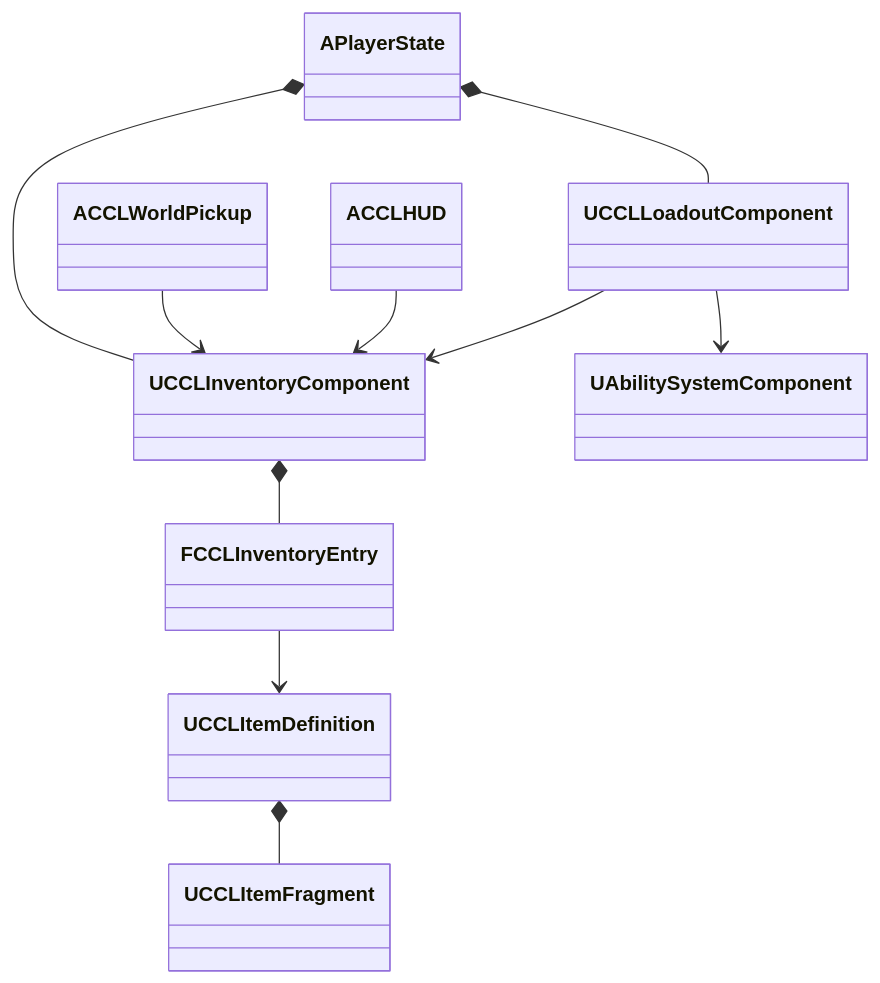
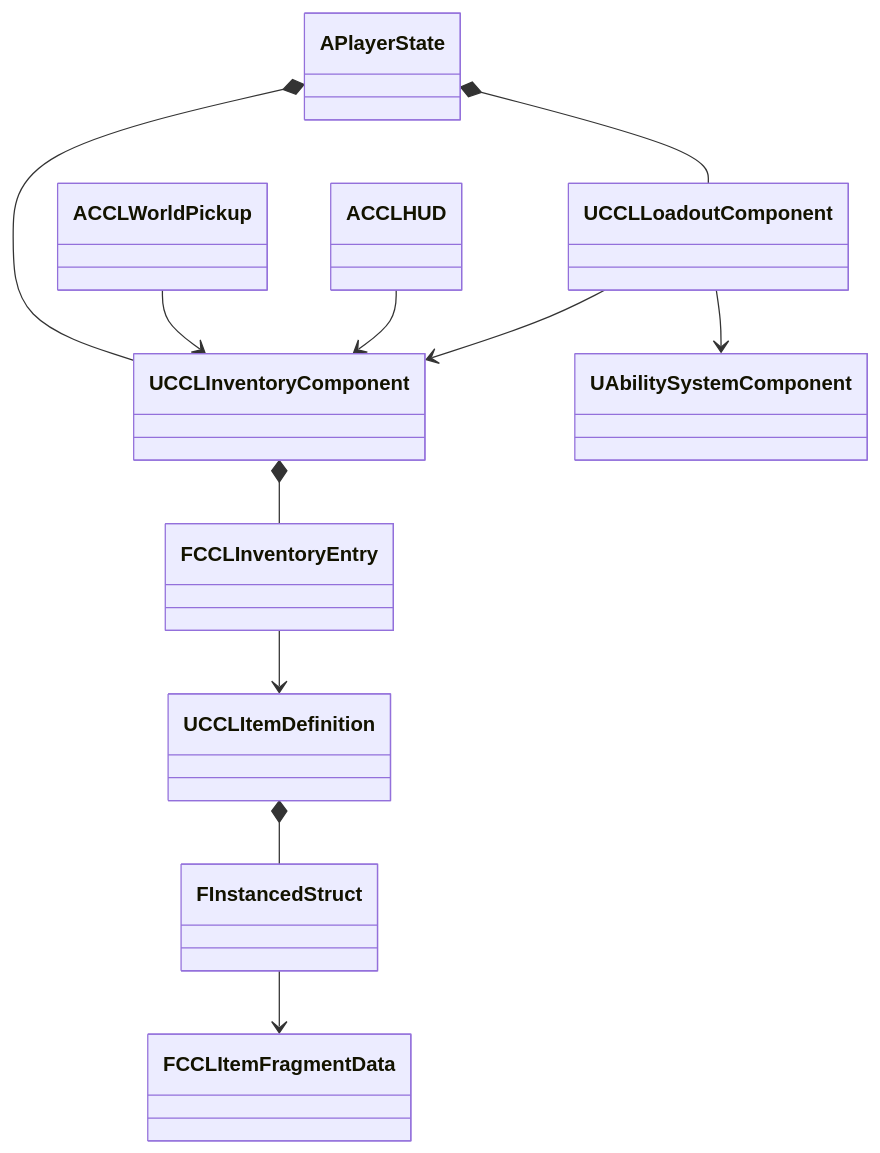
One commit to kang-sihwon/ccl8 changed the diagram in Docs/ProgressionFoundation.md. Above: the diagram before and after it, drawn with Mermaid. The commit also changed other lines of this file and 5 other files, not shown here.

````diff
--- a/Docs/ProgressionFoundation.md
+++ b/Docs/ProgressionFoundation.md
@@ -18,12 +46,13 @@
 ```mermaid
 classDiagram
     APlayerState *-- UCCLInventoryComponent
     APlayerState *-- UCCLLoadoutComponent
     UCCLInventoryComponent *-- FCCLInventoryEntry
     FCCLInventoryEntry --> UCCLItemDefinition
-    UCCLItemDefinition *-- UCCLItemFragment
+    UCCLItemDefinition *-- FInstancedStruct
+    FInstancedStruct --> FCCLItemFragmentData
     UCCLLoadoutComponent --> UCCLInventoryComponent
     UCCLLoadoutComponent --> UAbilitySystemComponent
     ACCLWorldPickup --> UCCLInventoryComponent
     ACCLHUD --> UCCLInventoryComponent
 ```
````
